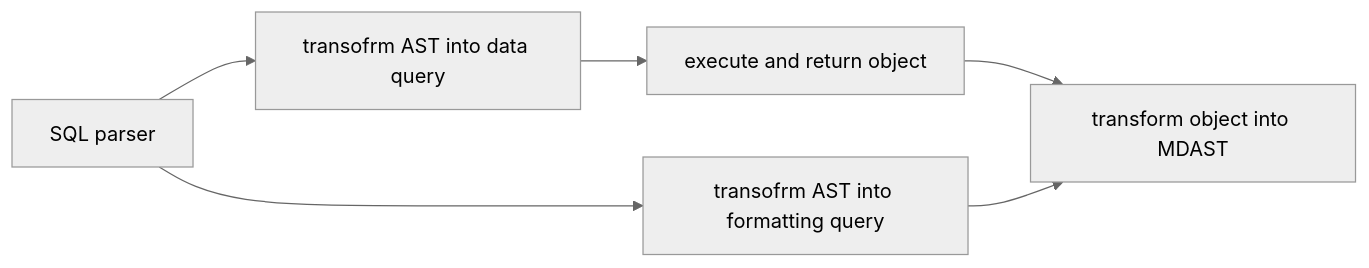
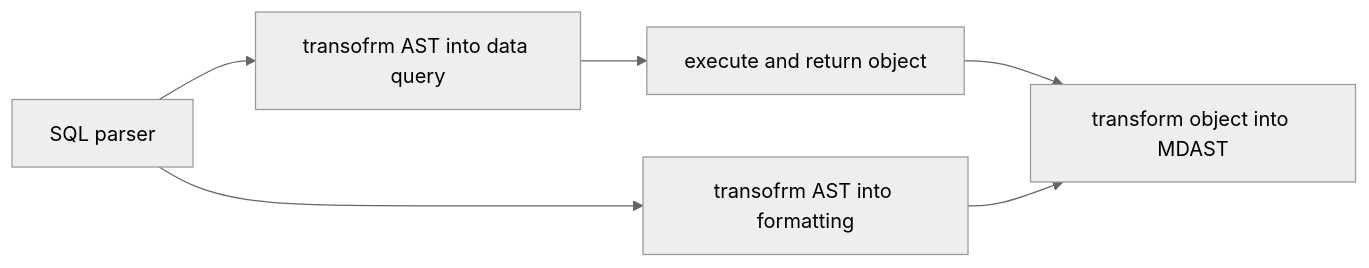
The diagram in packages/docs/src/content/docs/notes/dataview.md (stereobooster/braindb), drawn with Mermaid (neutral theme) before and after one commit.

````diff
--- a/packages/docs/src/content/docs/notes/dataview.md
+++ b/packages/docs/src/content/docs/notes/dataview.md
@@ -6,5 +6,5 @@
 ```mermaid
 flowchart LR
     s[SQL parser] --> t[transofrm AST into data query] --> e[execute and return object] --> tm[transform object into MDAST]
-    s --> t1[transofrm AST into formatting query] --> tm
+    s --> t1[transofrm AST into formatting] --> tm
 ```
````
